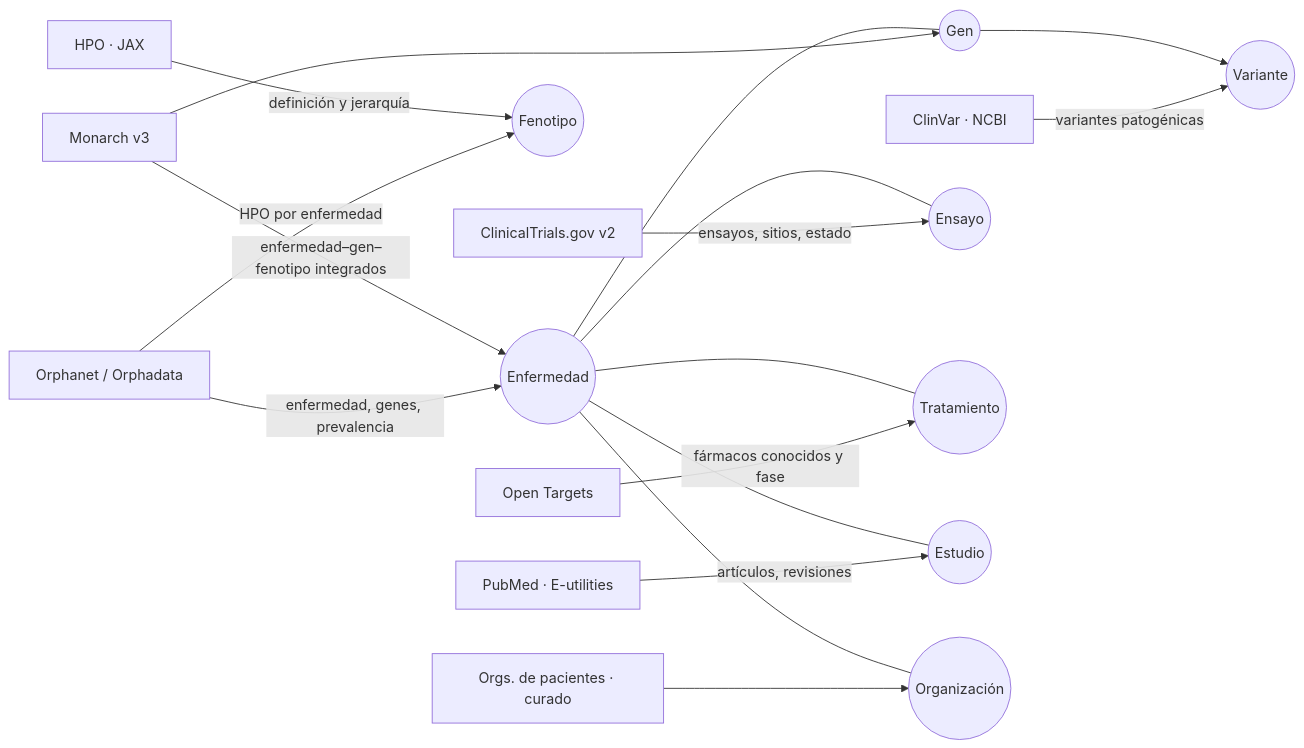
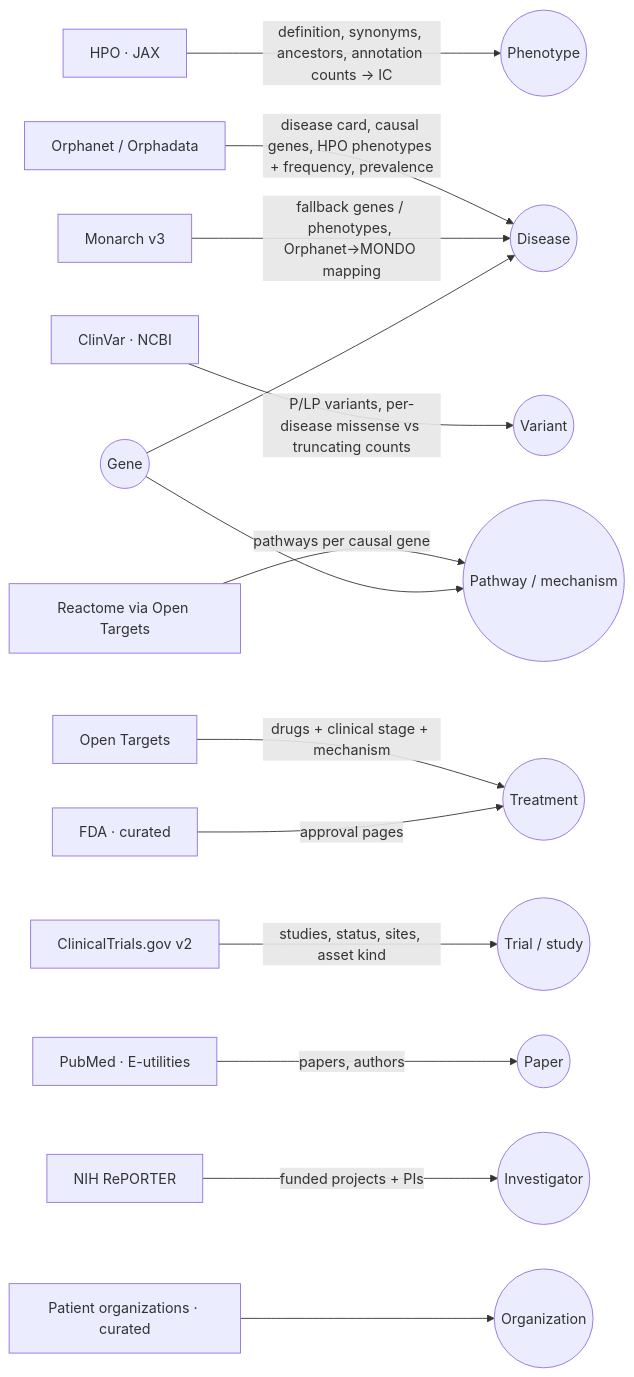
The diagram in docs/DATA_SOURCES.md (perdomoangelrangel-tech/7th-Hack-Nation-Global-AI-Hackathon-proyect), drawn with Mermaid before and after one commit. The commit also changed other lines of this file and 4 other files, not shown here.

Commit message:
docs(data): DATA_SOURCES + ARCHITECTURE rewritten in English for the Nexmed pipeline; fix(data): English evidence templates in local ingest (QA-04)

````diff
--- a/docs/DATA_SOURCES.md
+++ b/docs/DATA_SOURCES.md
@@ -9,19 +7,16 @@
 ```mermaid
 flowchart LR
-  ORPHA[Orphanet / Orphadata] -->|enfermedad, genes, prevalencia| D((Enfermedad))
-  ORPHA -->|HPO por enfermedad| P((Fenotipo))
-  HPO[HPO · JAX] -->|definición y jerarquía| P
-  MON[Monarch v3] -->|enfermedad–gen–fenotipo integrados| D
-  MON --> G((Gen))
-  CV[ClinVar · NCBI] -->|variantes patogénicas| V((Variante))
-  G --> V
-  CT[ClinicalTrials.gov v2] -->|ensayos, sitios, estado| T((Ensayo))
-  OT[Open Targets] -->|fármacos conocidos y fase| TX((Tratamiento))
-  PM[PubMed · E-utilities] -->|artículos, revisiones| S((Estudio))
-  PO[Orgs. de pacientes · curado] --> O((Organización))
-  D --- G
-  D --- T
-  D --- TX
-  D --- S
-  D --- O
+  ORPHA[Orphanet / Orphadata] -->|disease card, causal genes, HPO phenotypes + frequency, prevalence| D((Disease))
+  HPO[HPO · JAX] -->|definition, synonyms, ancestors, annotation counts → IC| P((Phenotype))
+  MON[Monarch v3] -->|fallback genes / phenotypes, Orphanet→MONDO mapping| D
+  CV[ClinVar · NCBI] -->|P/LP variants, per-disease missense vs truncating counts| V((Variant))
+  OT[Open Targets] -->|drugs + clinical stage + mechanism| TX((Treatment))
+  RE[Reactome via Open Targets] -->|pathways per causal gene| PW((Pathway / mechanism))
+  CT[ClinicalTrials.gov v2] -->|studies, status, sites, asset kind| T((Trial / study))
+  PM[PubMed · E-utilities] -->|papers, authors| S((Paper))
+  NIH[NIH RePORTER] -->|funded projects + PIs| I((Investigator))
+  FDA[FDA · curated] -->|approval pages| TX
+  PO[Patient organizations · curated] --> O((Organization))
+  G((Gene)) --> PW
+  G --> D
 ```
````
